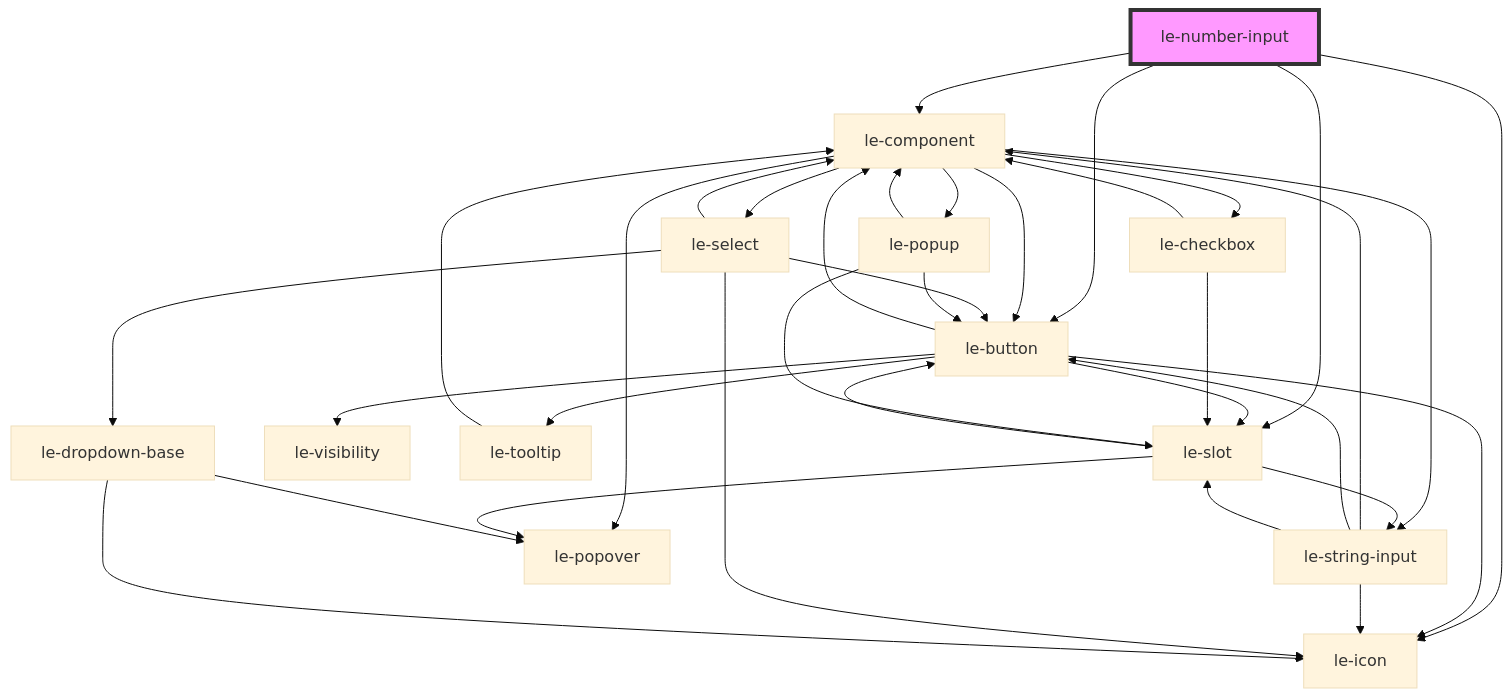
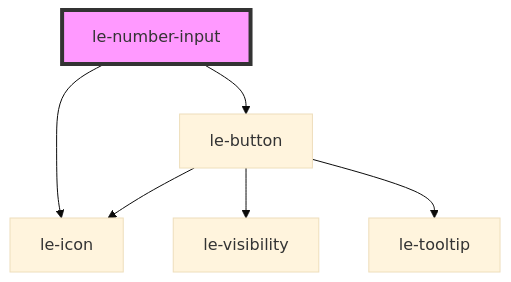
Before and after one commit to leechy/le-kit: the diagram in packages/core/src/components/le-number-input/readme.md, drawn with Mermaid (base theme). The commit also changed other lines of this file and 44 other files, not shown here.

````diff
--- a/packages/core/src/components/le-number-input/readme.md
+++ b/packages/core/src/components/le-number-input/readme.md
@@ -73,38 +71,9 @@
 ```mermaid
 graph TD;
   le-number-input --> le-icon
-  le-number-input --> le-component
   le-number-input --> le-button
-  le-number-input --> le-slot
-  le-component --> le-button
-  le-component --> le-select
-  le-component --> le-checkbox
-  le-component --> le-string-input
-  le-component --> le-popover
-  le-component --> le-popup
   le-button --> le-icon
   le-button --> le-visibility
-  le-button --> le-slot
-  le-button --> le-component
   le-button --> le-tooltip
-  le-slot --> le-popover
-  le-slot --> le-button
-  le-slot --> le-string-input
-  le-string-input --> le-component
-  le-string-input --> le-button
-  le-string-input --> le-icon
-  le-string-input --> le-slot
-  le-tooltip --> le-component
-  le-select --> le-icon
-  le-select --> le-component
-  le-select --> le-dropdown-base
-  le-select --> le-button
-  le-dropdown-base --> le-icon
-  le-dropdown-base --> le-popover
-  le-checkbox --> le-component
-  le-checkbox --> le-slot
-  le-popup --> le-slot
-  le-popup --> le-button
-  le-popup --> le-component
   style le-number-input fill:#f9f,stroke:#333,stroke-width:4px
 ```
````
